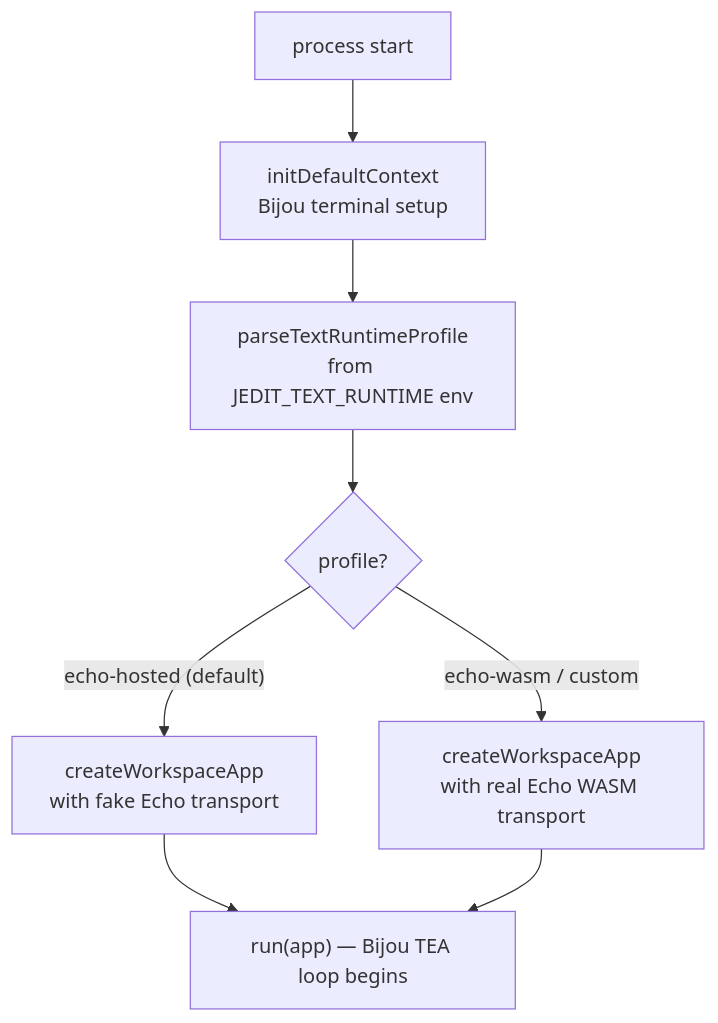
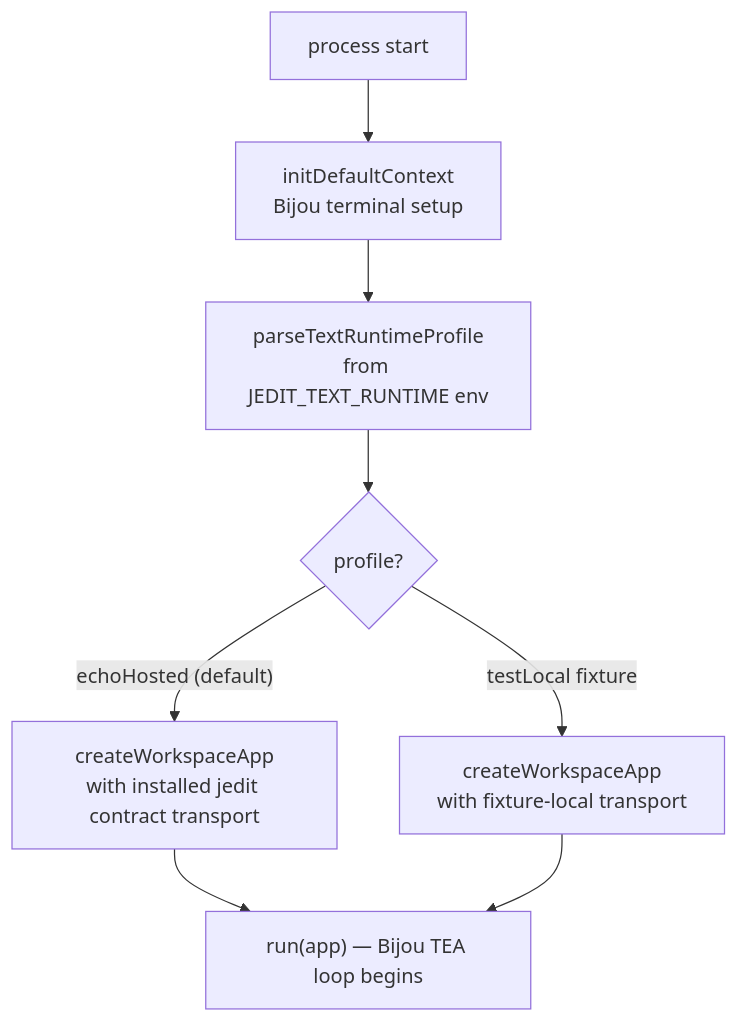
The third of 21 diagrams in docs/technical-teardown.md (flyingrobots/jedit), drawn with Mermaid before and after one commit. The commit also changed other lines of this file and 4 other files, not shown here.

Commit message:
docs: make Echo-hosted TUI the default

````diff
--- a/docs/technical-teardown.md
+++ b/docs/technical-teardown.md
@@ -245,10 +245,10 @@
 ```mermaid
 flowchart TD
     A[process start] --> B["initDefaultContext<br />Bijou terminal setup"]
     B --> C["parseTextRuntimeProfile<br />from JEDIT_TEXT_RUNTIME env"]
     C --> D{profile?}
-    D -- "echo-hosted (default)" --> E["createWorkspaceApp<br />with fake Echo transport"]
-    D -- "echo-wasm / custom" --> F["createWorkspaceApp<br />with real Echo WASM transport"]
+    D -- "echoHosted (default)" --> E["createWorkspaceApp<br />with installed jedit contract transport"]
+    D -- "testLocal fixture" --> F["createWorkspaceApp<br />with fixture-local transport"]
     E --> G["run(app) — Bijou TEA loop begins"]
     F --> G
 ```
````
